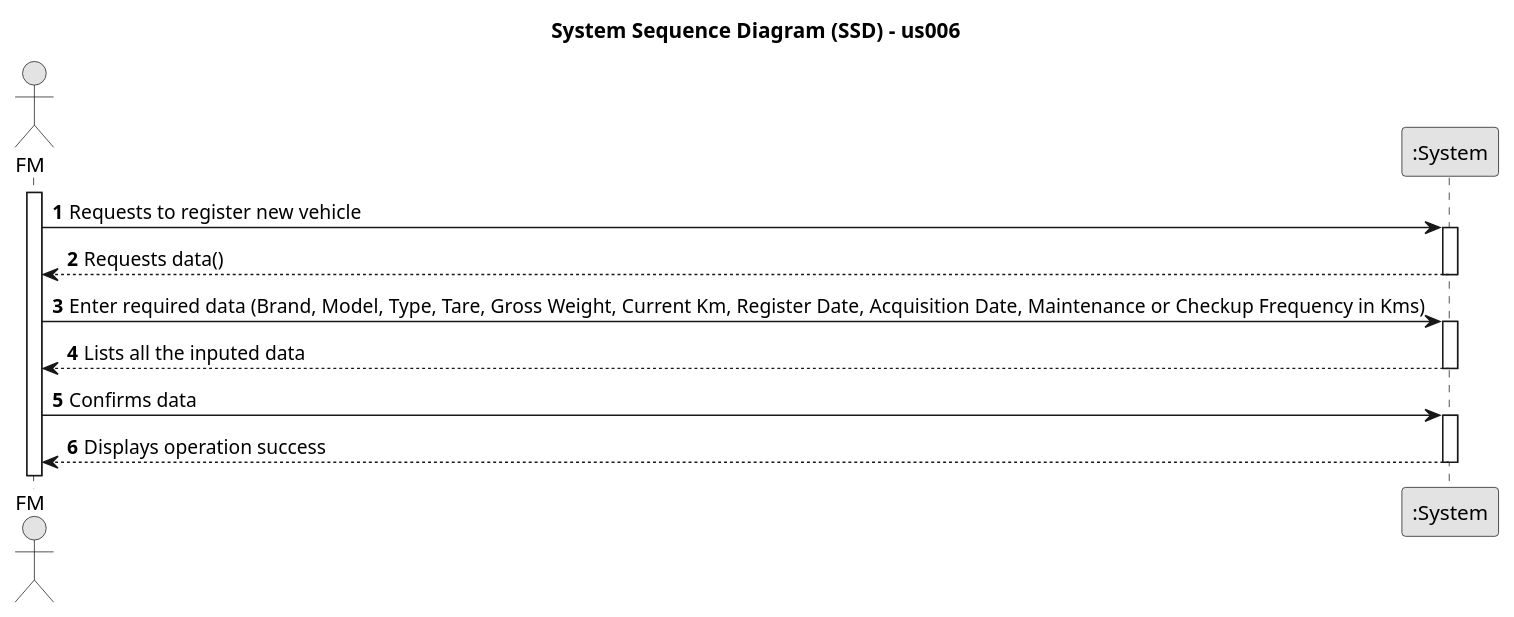
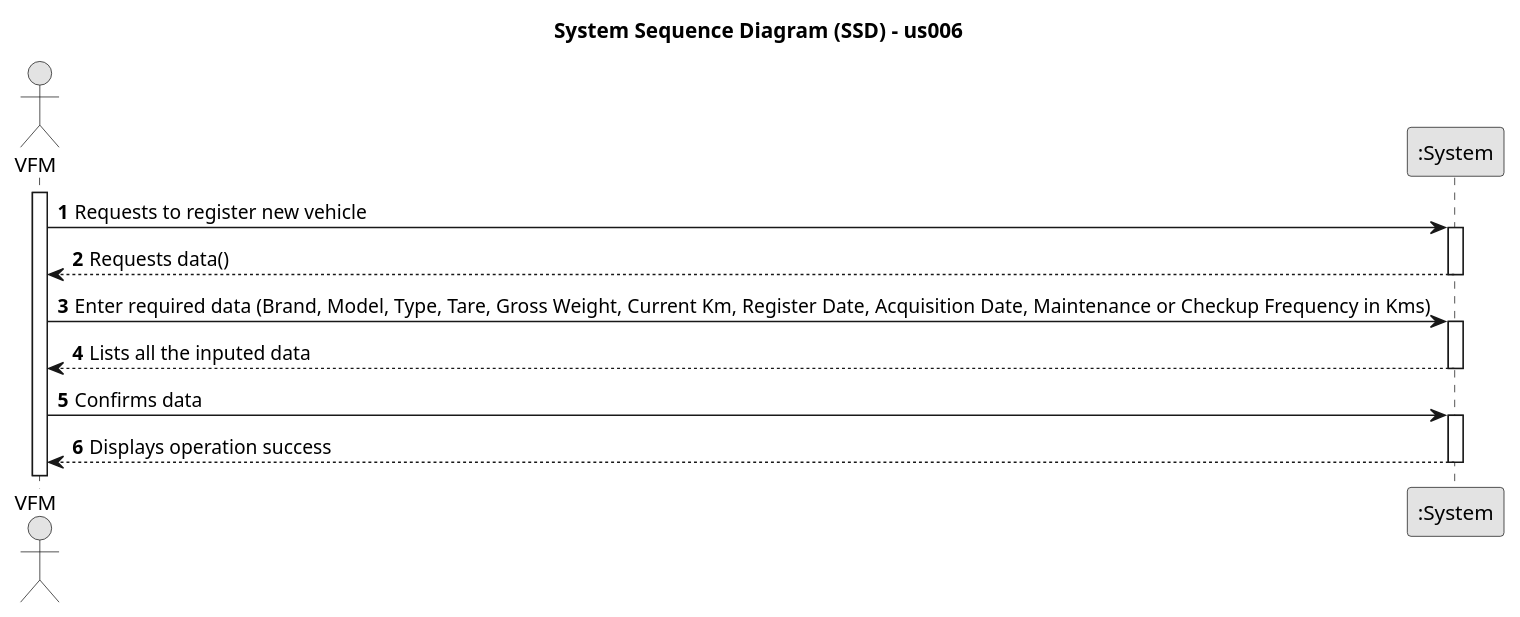
Before and after one commit to Departamento-de-Engenharia-Informatica/lei-24-s2-1dm-g132: the diagram in docs/sprintB/us006/01.requirements-engineering/puml/SSD-us006.puml, drawn with PlantUML. The commit also changed 19 other files, not shown here.

```diff
--- a/docs/sprintB/us006/01.requirements-engineering/puml/SSD-us006.puml
+++ b/docs/sprintB/us006/01.requirements-engineering/puml/SSD-us006.puml
@@ -1,32 +1,32 @@
 @startuml
 skinparam monochrome true
 skinparam packageStyle rectangle
 skinparam shadowing false
 
 title System Sequence Diagram (SSD) - us006
 
 autonumber
 
-actor "FM" as Admin
+actor "VFM" as Admin
 participant ":System" as System
 
 activate Admin
 
     Admin -> System : Requests to register new vehicle
     activate System
 
         System --> Admin : Requests data()
     deactivate System
 
     Admin -> System : Enter required data (Brand, Model, Type, Tare, Gross Weight, Current Km, Register Date, Acquisition Date, Maintenance or Checkup Frequency in Kms)
     activate System
 
     System --> Admin : Lists all the inputed data
         deactivate System
 
     Admin -> System : Confirms data
         activate System
 
         System --> Admin : Displays operation success
     deactivate System
 @enduml
```
